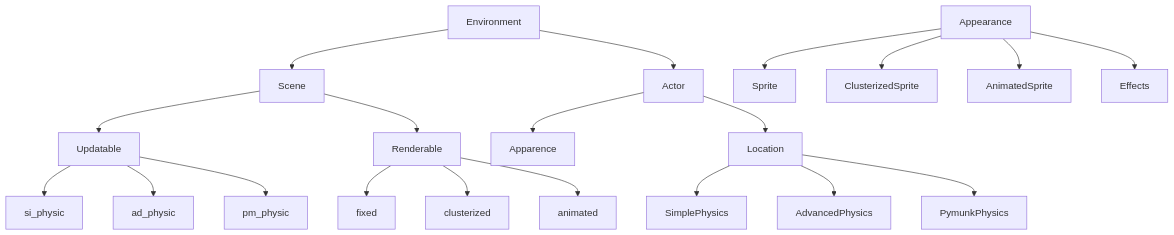
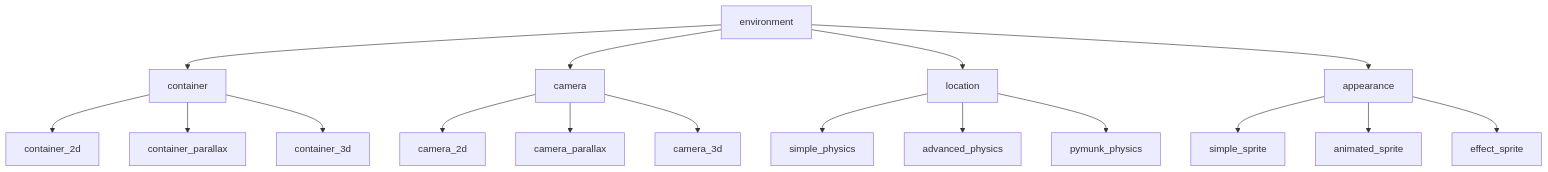
One commit to McNieps/ISE_C changed the second of 4 diagrams in README.md. Above: the diagram before and after it, drawn with Mermaid. The commit also changed other lines of this file, not shown here.

Commit message:
[setup] Updated graphs in the README.md

````diff
--- a/README.md
+++ b/README.md
@@ -31,28 +15,22 @@
 ```mermaid
 graph TD
-    Environment --> Scene;
-    Environment --> Actor;
+    environment --> container
+    container --> container_2d
+    container --> container_parallax
+    container --> container_3d
     
-    Scene --> Updatable
-    Scene --> Renderable
+    environment --> camera
+    camera --> camera_2d
+    camera --> camera_parallax
+    camera --> camera_3d
     
-    Updatable --> si_physic
-    Updatable --> ad_physic
-    Updatable --> pm_physic
+    environment --> location
+    location --> simple_physics
+    location --> advanced_physics
+    location --> pymunk_physics
     
-    Renderable --> fixed
-    Renderable --> clusterized
-    Renderable --> animated
-    
-    Actor --> Apparence;
-    Actor --> Location;
-
-    Location --> SimplePhysics
-    Location --> AdvancedPhysics
-    Location --> PymunkPhysics
-        
-    Appearance --> Sprite
-    Appearance --> ClusterizedSprite
-    Appearance --> AnimatedSprite
-    Appearance --> Effects
+    environment --> appearance
+    appearance --> simple_sprite
+    appearance --> animated_sprite
+    appearance --> effect_sprite
 ```
````
